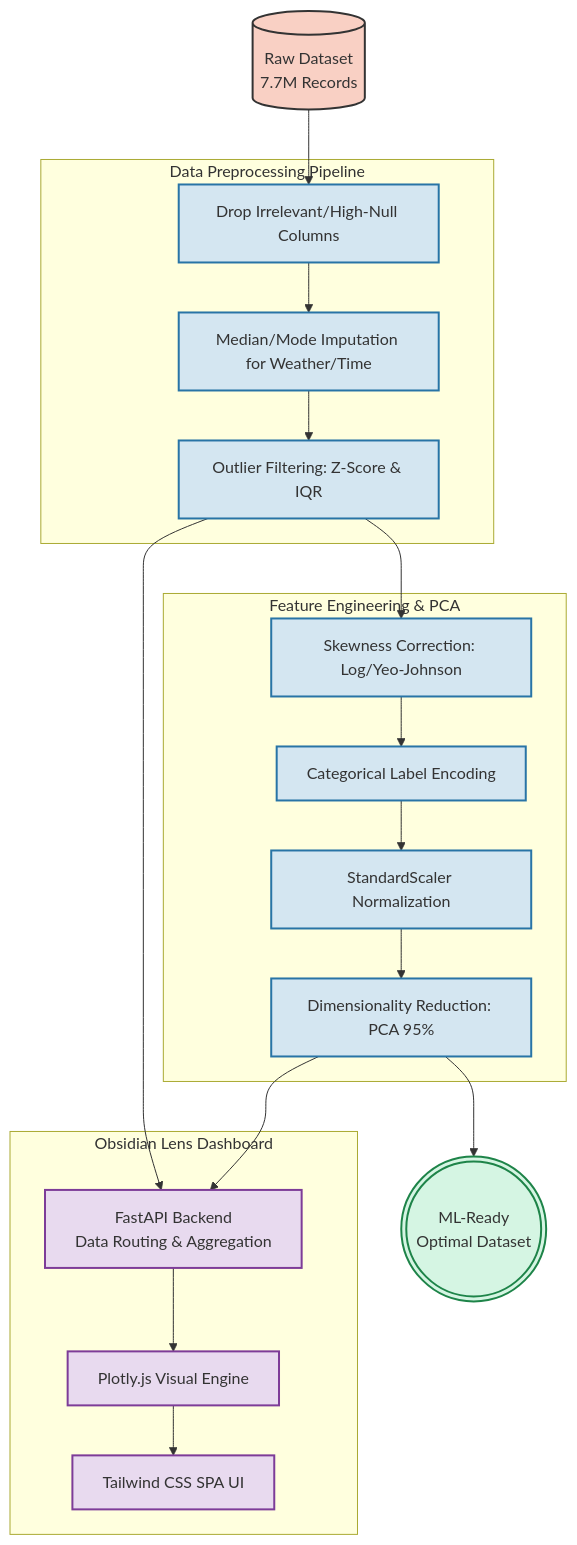
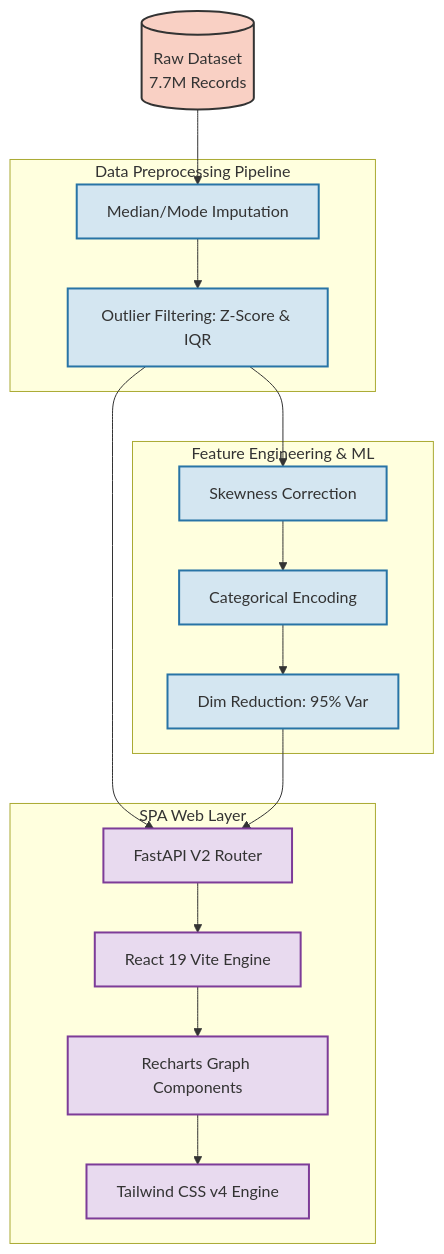
Before and after one commit to Kishore-mp45/24ADI204_TEAM9_ROAD_ACCIDENT_SEVERITY_ANALYSIS: the diagram in README.md, drawn with Mermaid. The commit also changed other lines of this file, not shown here.

````diff
--- a/README.md
+++ b/README.md
@@ -51,48 +53,42 @@
 ```mermaid
 flowchart TD
     %% Define Styles
     classDef raw fill:#f9d0c4,stroke:#333,stroke-width:2px;
     classDef process fill:#d4e6f1,stroke:#2874a6,stroke-width:2px;
     classDef output fill:#d5f5e3,stroke:#1e8449,stroke-width:2px;
     classDef web fill:#e8daef,stroke:#7d3c98,stroke-width:2px;
 
     %% Nodes
     Raw[(Raw Dataset\n7.7M Records)]:::raw
     
     subgraph Preprocessing [Data Preprocessing Pipeline]
-        Drop[Drop Irrelevant/High-Null Columns]:::process
-        Impute[Median/Mode Imputation for Weather/Time]:::process
+        Impute[Median/Mode Imputation]:::process
         Outlier[Outlier Filtering: Z-Score & IQR]:::process
     end
 
-    subgraph FeatureEng [Feature Engineering & PCA]
-        Skew[Skewness Correction: Log/Yeo-Johnson]:::process
-        Encode[Categorical Label Encoding]:::process
-        Scale[StandardScaler Normalization]:::process
-        PCA[Dimensionality Reduction: PCA 95%]:::process
+    subgraph FeatureEng [Feature Engineering & ML]
+        Skew[Skewness Correction]:::process
+        Encode[Categorical Encoding]:::process
+        PCA[Dim Reduction: 95% Var]:::process
     end
 
-    subgraph Dashboard [Obsidian Lens Dashboard]
-        FastAPI[FastAPI Backend\nData Routing & Aggregation]:::web
-        Plotly[Plotly.js Visual Engine]:::web
-        Tailwind[Tailwind CSS SPA UI]:::web
+    subgraph Dashboard [SPA Web Layer]
+        Fast[FastAPI V2 Router]:::web
+        React[React 19 Vite Engine]:::web
+        Rech[Recharts Graph Components]:::web
+        Tail[Tailwind CSS v4 Engine]:::web
     end
 
-    Ready(((ML-Ready\nOptimal Dataset))):::output
-
     %% Flow
-    Raw --> Drop
-    Drop --> Impute
+    Raw --> Impute
     Impute --> Outlier
-    
     Outlier --> Skew
     Skew --> Encode
-    Encode --> Scale
-    Scale --> PCA
-    PCA --> Ready
+    Encode --> PCA
     
-    Outlier --> FastAPI
-    PCA --> FastAPI
-    FastAPI --> Plotly
-    Plotly --> Tailwind
+    Outlier --> Fast
+    PCA --> Fast
+    Fast --> React
+    React --> Rech
+    Rech --> Tail
 ```
````
